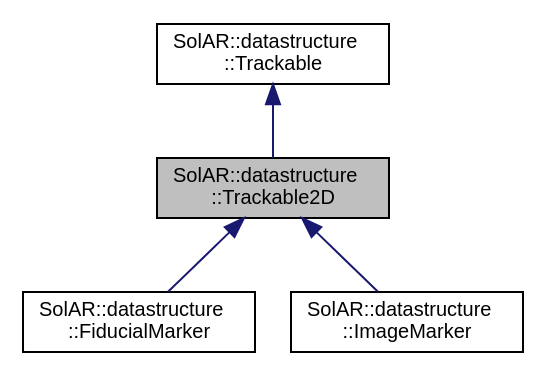
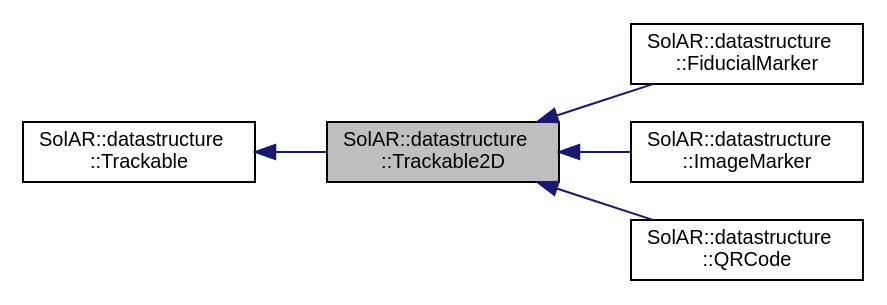
One commit to SolarFramework/solarframework.github.io changed the diagram in api_documentation/class_sol_a_r_1_1datastructure_1_1_trackable2_d__inherit__graph.dot. Above: the diagram before and after it, drawn with Graphviz. The commit also changed 289 other files, not shown here.

```diff
--- a/api_documentation/class_sol_a_r_1_1datastructure_1_1_trackable2_d__inherit__graph.dot
+++ b/api_documentation/class_sol_a_r_1_1datastructure_1_1_trackable2_d__inherit__graph.dot
@@ -1,13 +1,16 @@
 digraph "SolAR::datastructure::Trackable2D"
 {
  // LATEX_PDF_SIZE
   edge [fontname="Helvetica",fontsize="10",labelfontname="Helvetica",labelfontsize="10"];
   node [fontname="Helvetica",fontsize="10",shape=record];
+  rankdir="LR";
   Node1 [label="SolAR::datastructure\l::Trackable2D",height=0.2,width=0.4,color="black", fillcolor="grey75", style="filled", fontcolor="black",tooltip="This abstract class defines the generic 2D trackable datastructure."];
   Node2 -> Node1 [dir="back",color="midnightblue",fontsize="10",style="solid",fontname="Helvetica"];
   Node2 [label="SolAR::datastructure\l::Trackable",height=0.2,width=0.4,color="black", fillcolor="white", style="filled",URL="$class_sol_a_r_1_1datastructure_1_1_trackable.html",tooltip="This abstract class defines the generic trackable datastructure."];
   Node1 -> Node3 [dir="back",color="midnightblue",fontsize="10",style="solid",fontname="Helvetica"];
   Node3 [label="SolAR::datastructure\l::FiducialMarker",height=0.2,width=0.4,color="black", fillcolor="white", style="filled",URL="$class_sol_a_r_1_1datastructure_1_1_fiducial_marker.html",tooltip="This class defines a fiducial marker datastructure."];
   Node1 -> Node4 [dir="back",color="midnightblue",fontsize="10",style="solid",fontname="Helvetica"];
   Node4 [label="SolAR::datastructure\l::ImageMarker",height=0.2,width=0.4,color="black", fillcolor="white", style="filled",URL="$class_sol_a_r_1_1datastructure_1_1_image_marker.html",tooltip="This class defines a fiducial marker datastructure."];
+  Node1 -> Node5 [dir="back",color="midnightblue",fontsize="10",style="solid",fontname="Helvetica"];
+  Node5 [label="SolAR::datastructure\l::QRCode",height=0.2,width=0.4,color="black", fillcolor="white", style="filled",URL="$class_sol_a_r_1_1datastructure_1_1_q_r_code.html",tooltip="This class defines a QR code datastructure."];
 }
```
